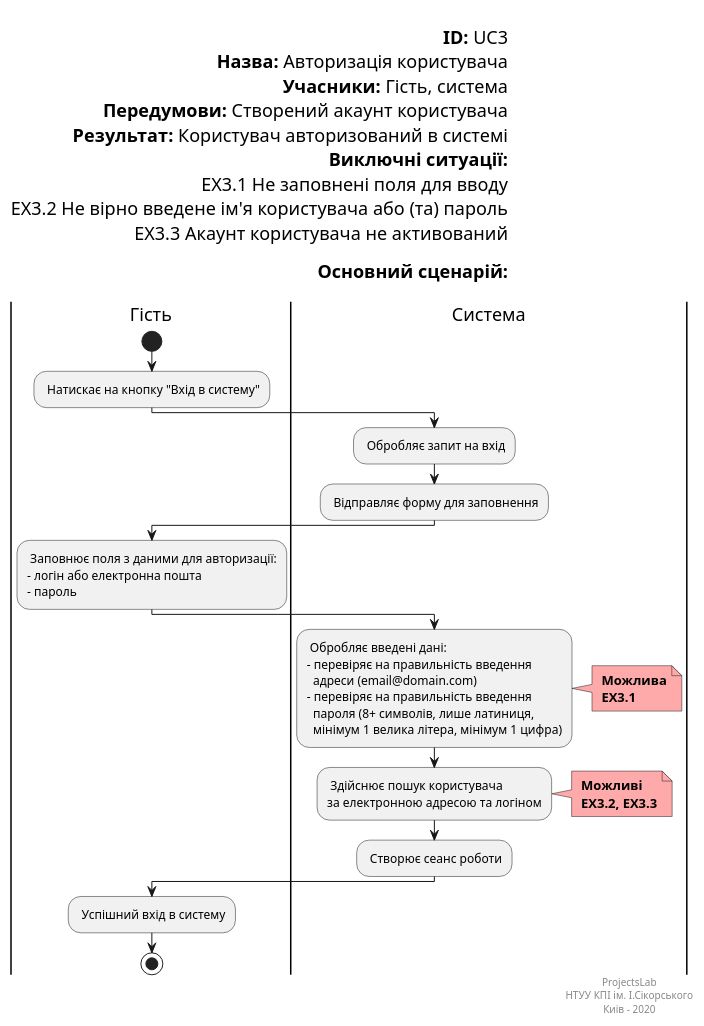
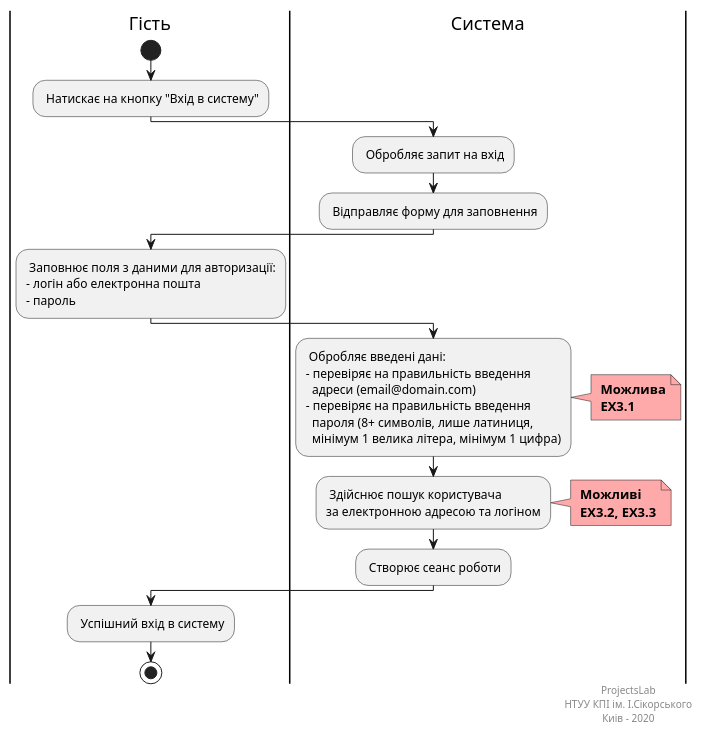
One commit to dmitriy-uvin/database_basics_template changed the diagram in docs/use cases/Login.puml. Above: the diagram before and after it, drawn with PlantUML. The commit also changed 1 other file, not shown here.

```diff
--- a/docs/use cases/Login.puml
+++ b/docs/use cases/Login.puml
@@ -1,69 +1,54 @@
 @startuml
-    left header
-
-        <font color=000 size=18><b>ID:</b> UC3
-        <font color=000 size=18><b>Назва:</b> Авторизація користувача
-        <font color=000 size=18><b>Учасники:</b> Гість, система
-        <font color=000 size=18><b>Передумови:</b> Створений акаунт користувача
-        <font color=000 size=18><b>Результат:</b> Користувач авторизований в системі
-        <font color=000 size=18><b>Виключні ситуації:</b>
-        <font color=000 size=18> EX3.1 Не заповнені поля для вводу
-        <font color=000 size=18> EX3.2 Не вірно введене ім'я користувача або (та) пароль
-        <font color=000 size=18> EX3.3 Акаунт користувача не активований
-        
-        <font color=000 size=18><b>Основний сценарій:</b>
-        
-    end header
 
     |Гість|
     
         start
         
         : Натискає на кнопку "Вхід в систему";
     
     |Система|
     
         : Обробляє запит на вхід;
         : Відправляє форму для заповнення;
     
     |Гість|
     
         : Заповнює поля з даними для авторизації:
         - логін або електронна пошта
         - пароль;
         
     |Система|
         
         : Обробляє введені дані:
         - перевіряє на правильність введення
           адреси (email@domain.com)
         - перевіряє на правильність введення 
           пароля (8+ символів, лише латиниця,
           мінімум 1 велика літера, мінімум 1 цифра);
         note right #ffaaaa
         <b> Можлива
         <b> EX3.1
         end note
         
         : Здійснює пошук користувача
         за електронною адресою та логіном;
         note right #ffaaaa
         <b> Можливі
         <b> EX3.2, EX3.3
         end note
         
         : Створює сеанс роботи;
         
     |Гість|
     
         : Успішний вхід в систему;
         
         stop;
     
 right footer
 ProjectsLab
 НТУУ КПІ ім. І.Сікорського
 Киів - 2020
 end footer
 
 @enduml
```
